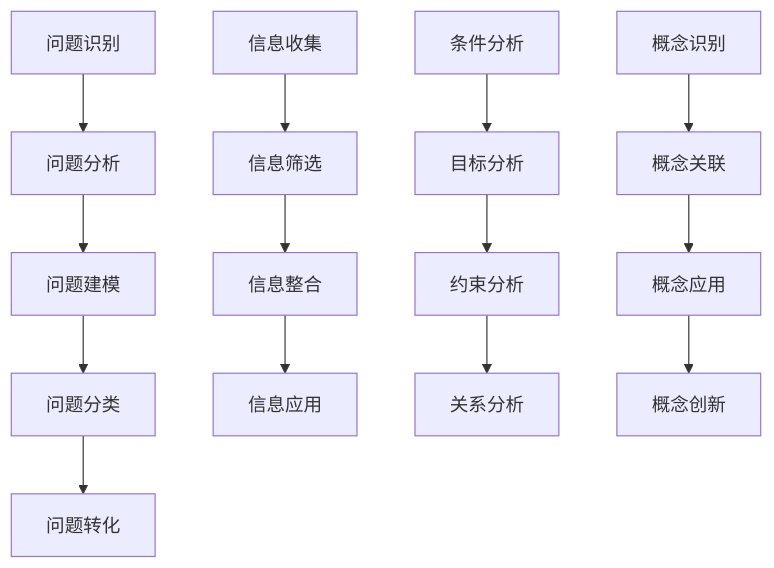
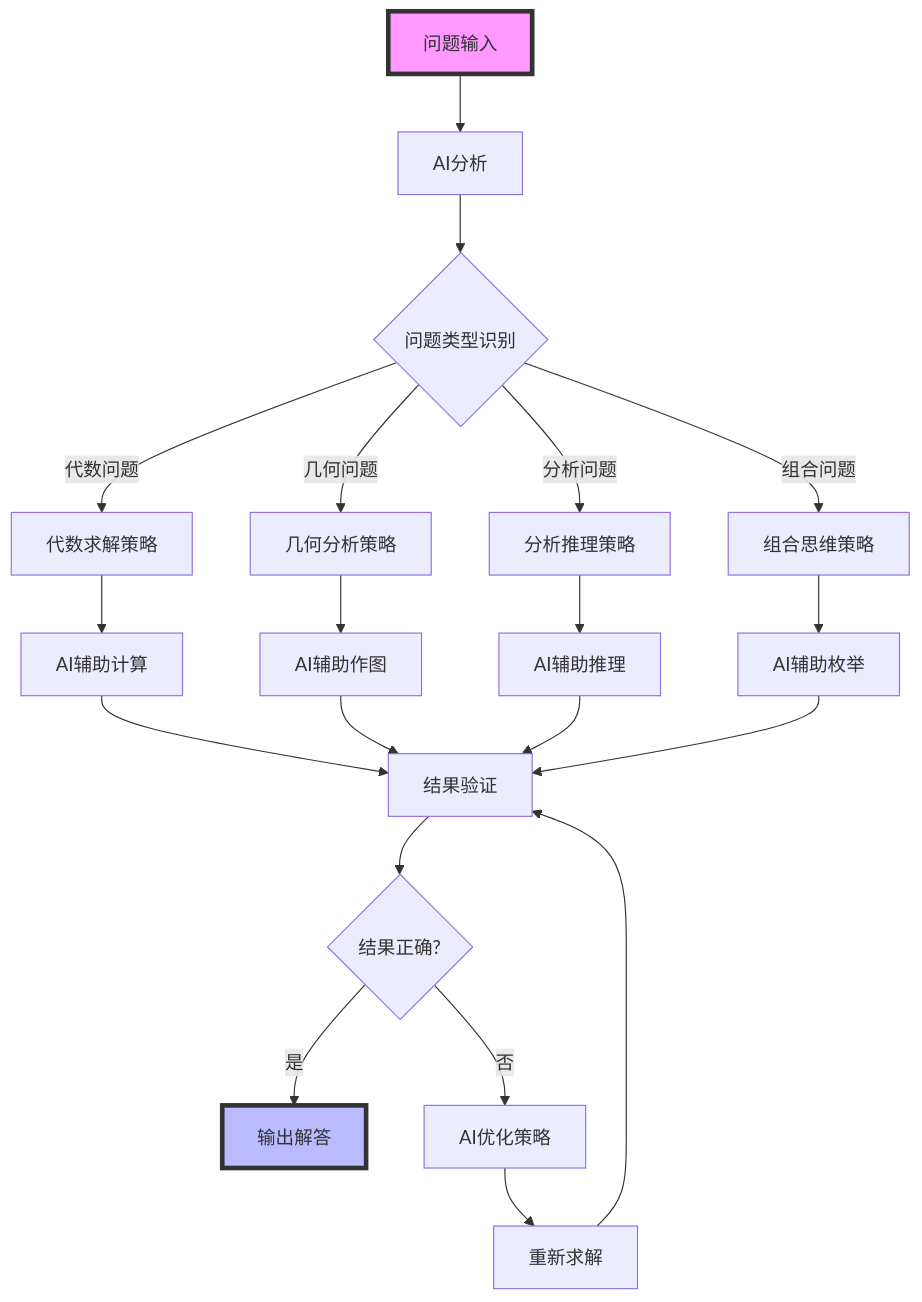
One commit to AdaMartin18010/SeniorMath changed the first of 10 diagrams in mindmaps/flow-charts/数学思维流程图.md. Above: the diagram before and after it, drawn with Mermaid. The commit also changed other lines of this file and 36 other files, not shown here.

````diff
--- a/mindmaps/flow-charts/数学思维流程图.md
+++ b/mindmaps/flow-charts/数学思维流程图.md
@@ -58,19 +13,28 @@
 ```mermaid
 graph TD
-    A[问题识别] --> B[问题分析]
-    B --> C[问题建模]
-    C --> D[问题分类]
-    D --> E[问题转化]
+    A[问题输入] --> B[AI分析]
+    B --> C{问题类型识别}
+    C -->|代数问题| D[代数求解策略]
+    C -->|几何问题| E[几何分析策略]
+    C -->|分析问题| F[分析推理策略]
+    C -->|组合问题| G[组合思维策略]
     
-    F[信息收集] --> G[信息筛选]
-    G --> H[信息整合]
-    H --> I[信息应用]
+    D --> H[AI辅助计算]
+    E --> I[AI辅助作图]
+    F --> J[AI辅助推理]
+    G --> K[AI辅助枚举]
     
-    J[条件分析] --> K[目标分析]
-    K --> L[约束分析]
-    L --> M[关系分析]
+    H --> L[结果验证]
+    I --> L
+    J --> L
+    K --> L
     
-    N[概念识别] --> O[概念关联]
-    O --> P[概念应用]
-    P --> Q[概念创新]
+    L --> M{结果正确?}
+    M -->|是| N[输出解答]
+    M -->|否| O[AI优化策略]
+    O --> P[重新求解]
+    P --> L
+    
+    style A fill:#f9f,stroke:#333,stroke-width:4px
+    style N fill:#bbf,stroke:#333,stroke-width:4px
 ```
````
